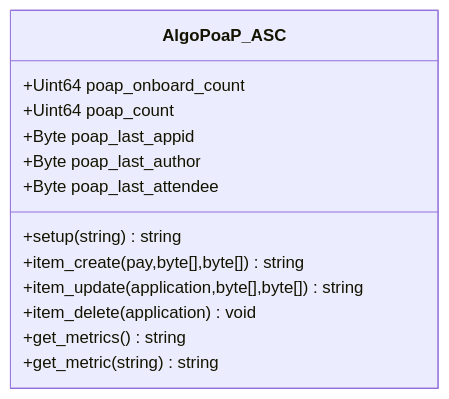
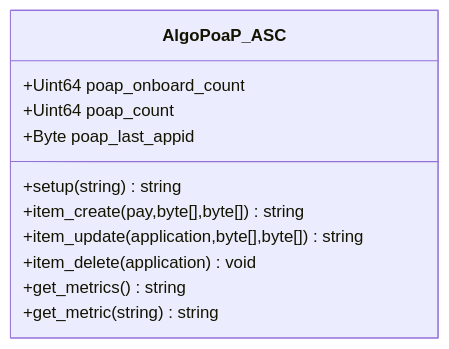
Before and after one commit to GoPlausible/.github: the eighth of 10 diagrams in profile/README.md, drawn with Mermaid.

````diff
--- a/profile/README.md
+++ b/profile/README.md
@@ -385,16 +385,14 @@
 ```mermaid
   classDiagram
     class AlgoPoaP_ASC
     AlgoPoaP_ASC : +Uint64 poap_onboard_count
     AlgoPoaP_ASC : +Uint64 poap_count
     AlgoPoaP_ASC : +Byte poap_last_appid
-    AlgoPoaP_ASC : +Byte poap_last_author
-    AlgoPoaP_ASC : +Byte poap_last_attendee
     AlgoPoaP_ASC : +setup(string)string
     AlgoPoaP_ASC : +item_create(pay,byte[],byte[])string
     AlgoPoaP_ASC : +item_update(application,byte[],byte[])string
     AlgoPoaP_ASC : +item_delete(application)void
     AlgoPoaP_ASC : +get_metrics()string
     AlgoPoaP_ASC : +get_metric(string)string
     
 ```
````
